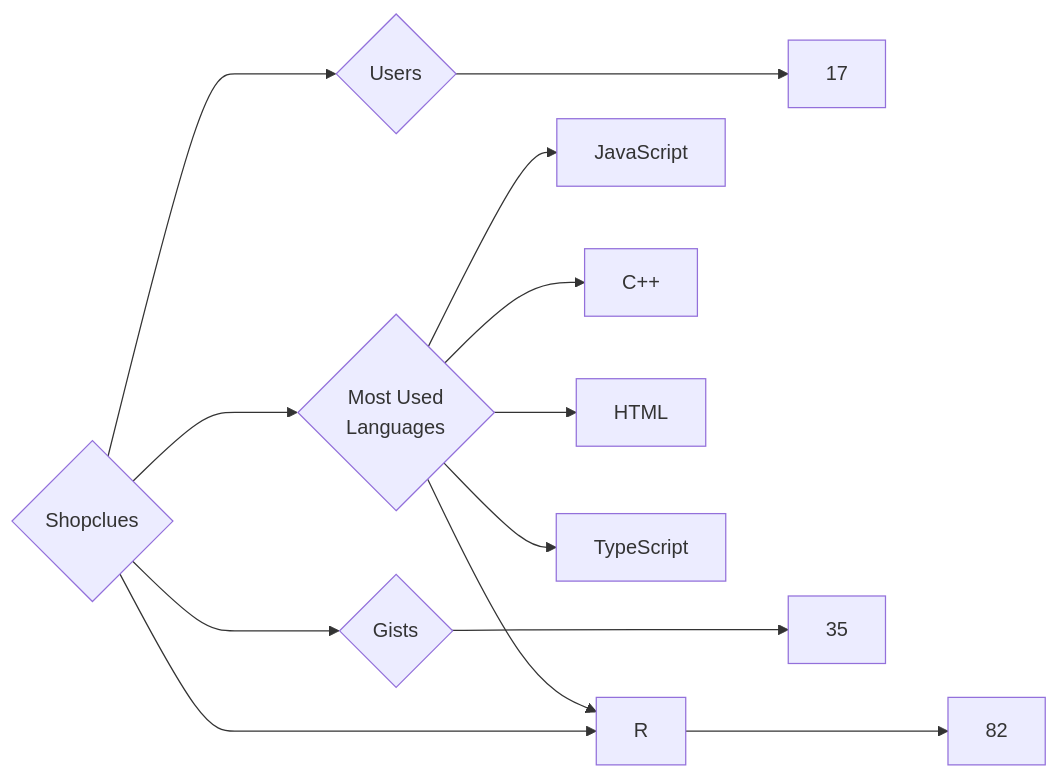
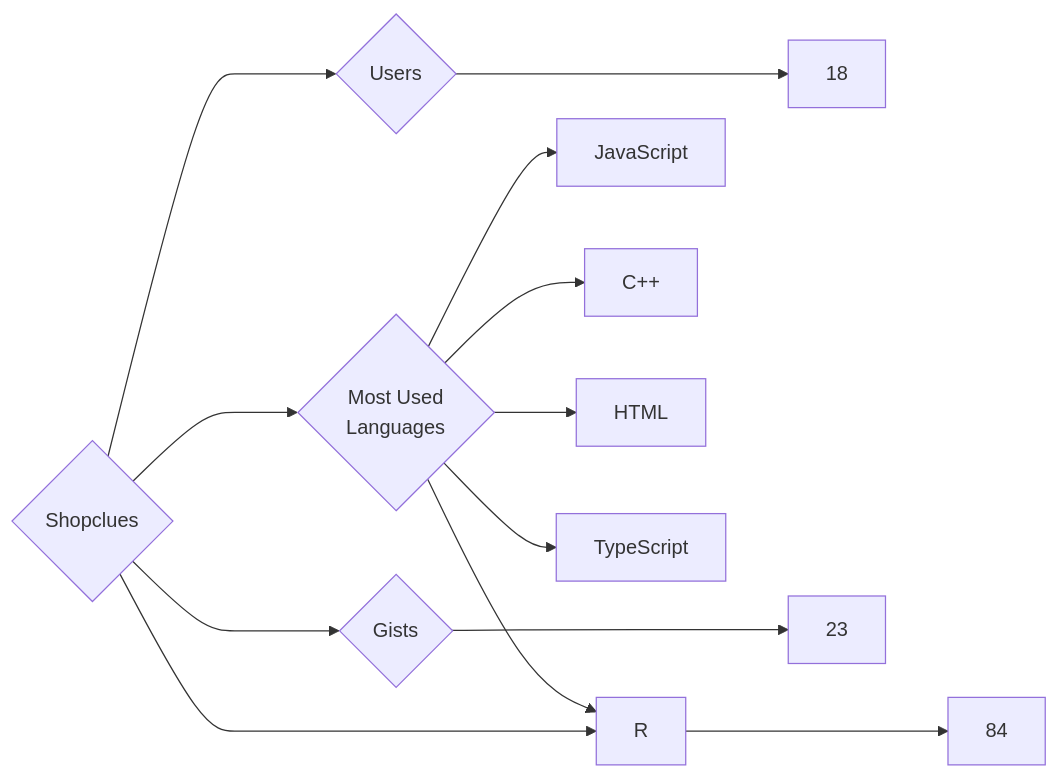
The diagram in targets/Shopclues/README.md (trickest/insiders), drawn with Mermaid before and after one commit. The commit also changed 964 other files, not shown here.

````diff
--- a/targets/Shopclues/README.md
+++ b/targets/Shopclues/README.md
@@ -3,13 +3,13 @@
 ```mermaid
 graph LR
 COMPANY_NAME{Shopclues}
-COMPANY_NAME ---> U{Users} ---> UN[17]
-COMPANY_NAME ---> R{Repositories} ---> RN[82]
-COMPANY_NAME ---> G{Gists} ---> GN[35]
+COMPANY_NAME ---> U{Users} ---> UN[18]
+COMPANY_NAME ---> R{Repositories} ---> RN[84]
+COMPANY_NAME ---> G{Gists} ---> GN[23]
 COMPANY_NAME ---> ML{Most Used<br>Languages}
 ML --> JavaScript[JavaScript]
 ML --> C++[C++]
 ML --> HTML[HTML]
 ML --> TypeScript[TypeScript]
 ML --> R[R]
 ```
````
